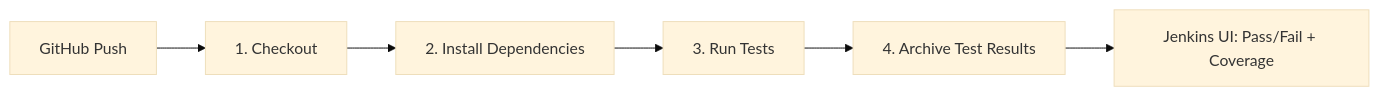
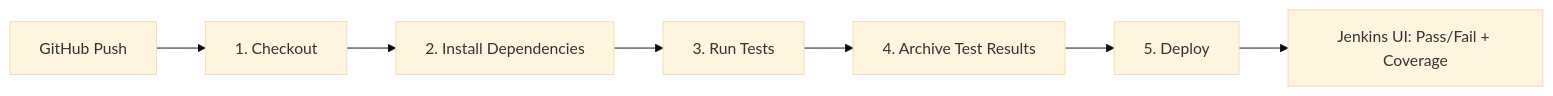
The diagram in README.md (Eng-Aljazi/jenkins-ci-demo), drawn with Mermaid (base theme) before and after one commit. The commit also changed other lines of this file and 2 other files, not shown here.

````diff
--- a/README.md
+++ b/README.md
@@ -64,8 +64,9 @@
 ```mermaid
 flowchart LR
     A["GitHub Push"] --> B["1. Checkout"]
     B --> C["2. Install Dependencies"]
     C --> D["3. Run Tests"]
     D --> E["4. Archive Test Results"]
-    E --> F["Jenkins UI: Pass/Fail + Coverage"]
+    E --> F["5. Deploy"]
+    F --> G["Jenkins UI: Pass/Fail + Coverage"]
 ```
````
